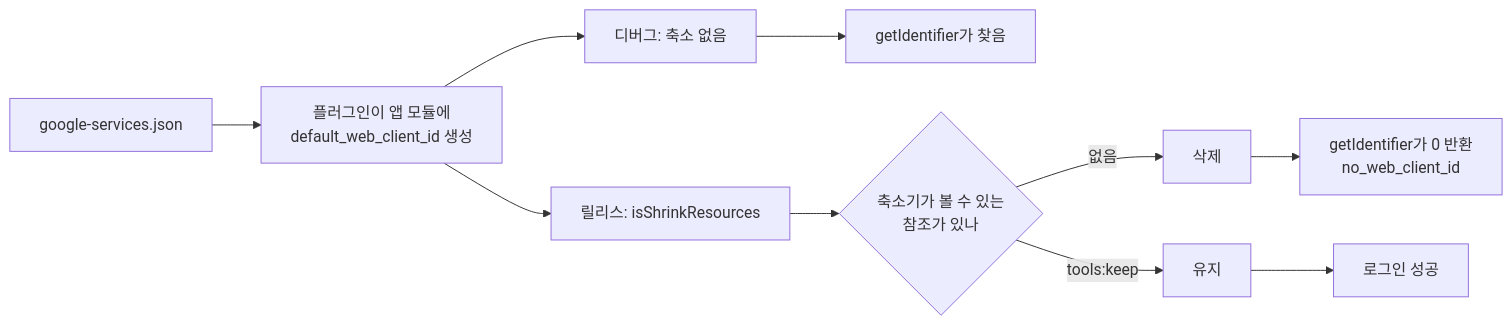
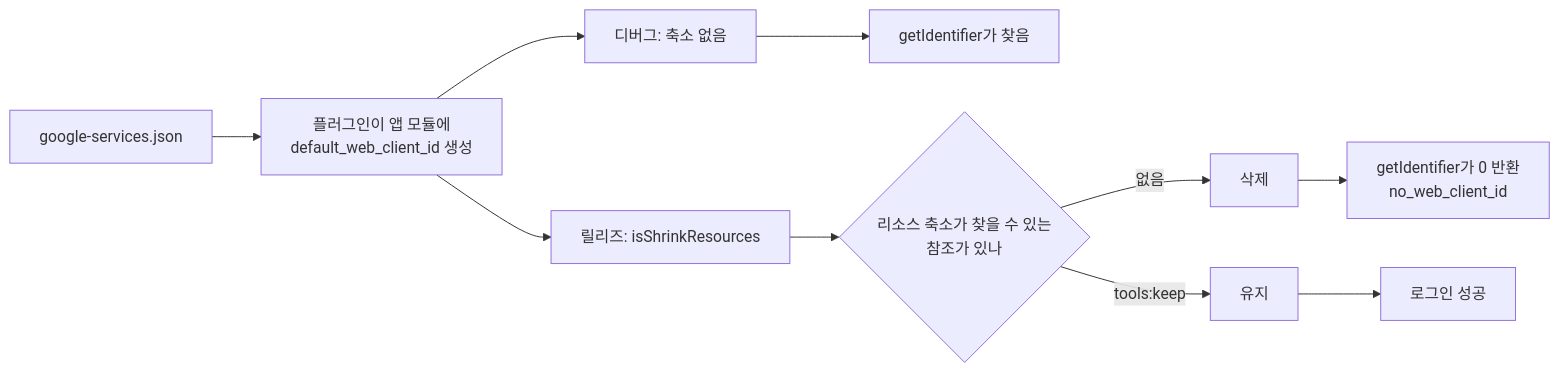
The diagram in _posts/2026-10-05-release-shrink-removed-web-client-id-ko.md (yoonseopshin/yoonseopshin.github.io), drawn with Mermaid before and after one commit. The commit also changed other lines of this file and 22 other files, not shown here.

````diff
--- a/_posts/2026-10-05-release-shrink-removed-web-client-id-ko.md
+++ b/_posts/2026-10-05-release-shrink-removed-web-client-id-ko.md
@@ -65,8 +65,8 @@
 ```mermaid
 flowchart LR
   J[google-services.json] --> G[플러그인이 앱 모듈에<br/>default_web_client_id 생성]
   G --> D[디버그: 축소 없음] --> OK1[getIdentifier가 찾음]
-  G --> R[릴리스: isShrinkResources] --> Q{축소기가 볼 수 있는<br/>참조가 있나}
+  G --> R[릴리즈: isShrinkResources] --> Q{리소스 축소가 찾을 수 있는<br/>참조가 있나}
   Q -- 없음 --> X[삭제] --> F[getIdentifier가 0 반환<br/>no_web_client_id]
   Q -- tools:keep --> OK2[유지] --> OK3[로그인 성공]
 ```
````
